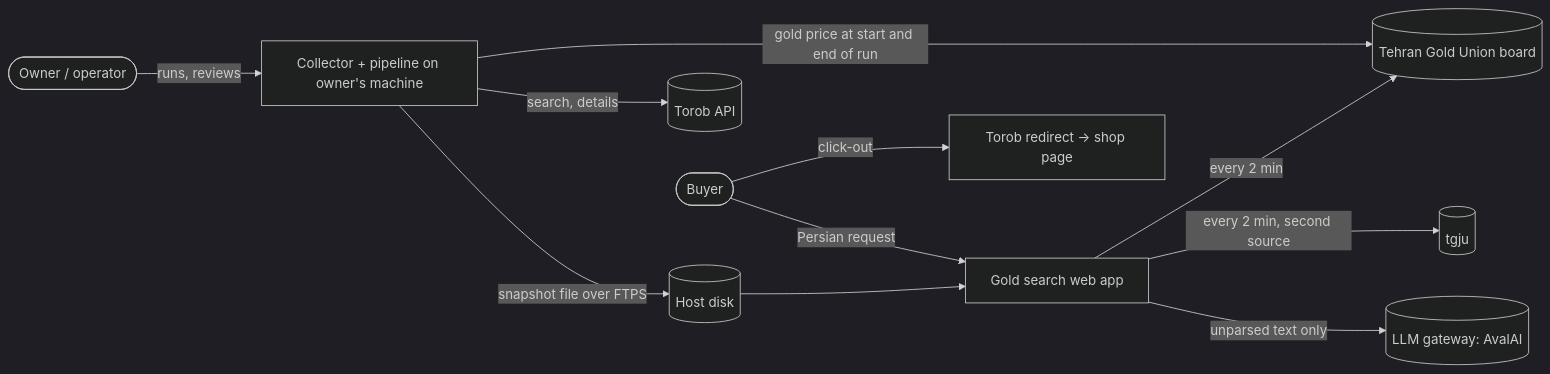
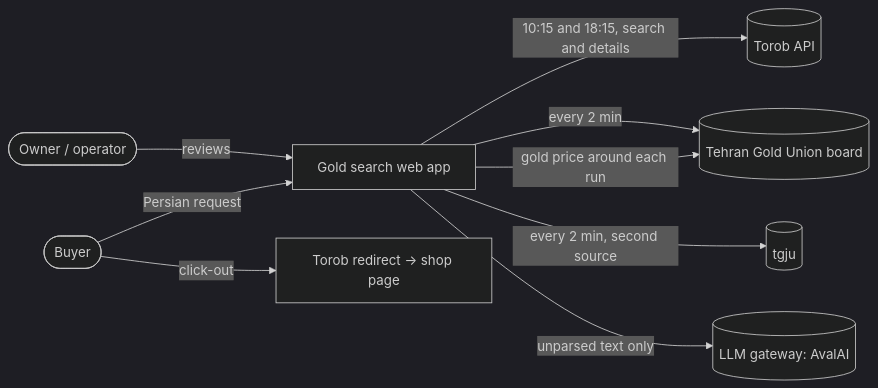
The diagram in docs/engineering/tdd.md (DariushStony/gold-search), drawn with Mermaid (dark theme) before and after one commit. The commit also changed other lines of this file and 11 other files, not shown here.

````diff
--- a/docs/engineering/tdd.md
+++ b/docs/engineering/tdd.md
@@ -41,13 +41,11 @@
 ```mermaid
 flowchart LR
   buyer([Buyer]) -->|Persian request| app[Gold search web app]
-  owner([Owner / operator]) -->|runs, reviews| local[Collector + pipeline on owner's machine]
-  local -->|search, details| torob[(Torob API)]
-  local -->|gold price at start and end of run| union[(Tehran Gold Union board)]
-  local -->|snapshot file over FTPS| disk[(Host disk)]
-  disk --> app
+  owner([Owner / operator]) -->|reviews| app
+  app -->|10:15 and 18:15, search and details| torob[(Torob API)]
+  app -->|gold price around each run| union[(Tehran Gold Union board)]
   app -->|every 2 min| union
   app -->|every 2 min, second source| tgju[(tgju)]
   app -->|unparsed text only| llm[(LLM gateway: AvalAI)]
   buyer -->|click-out| torobsite[Torob redirect → shop page]
 ```
````
